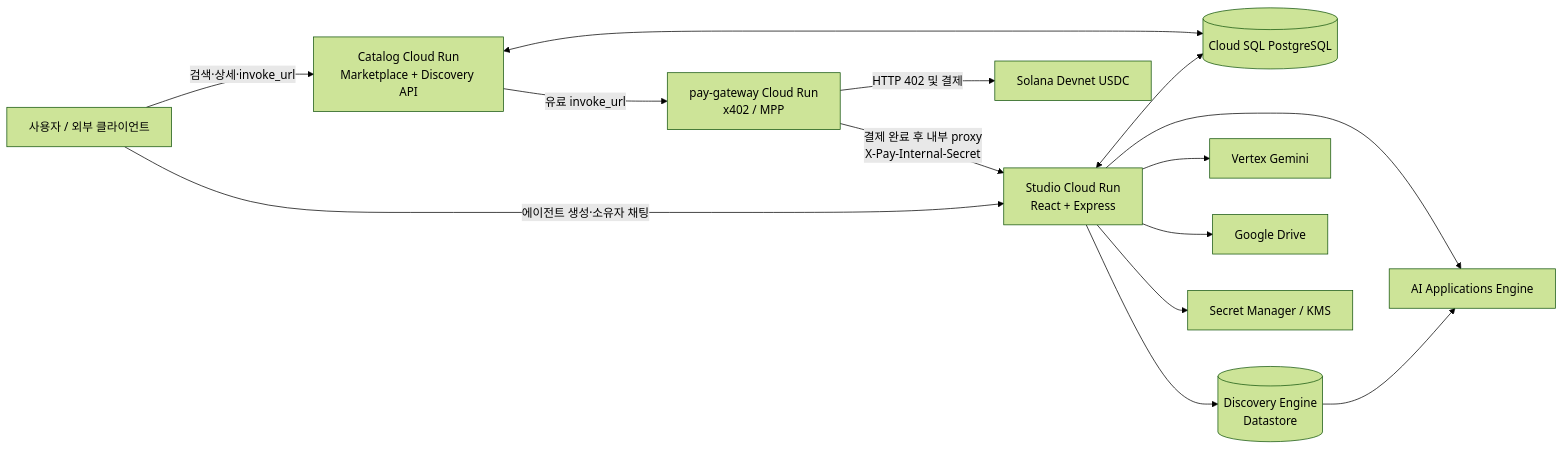
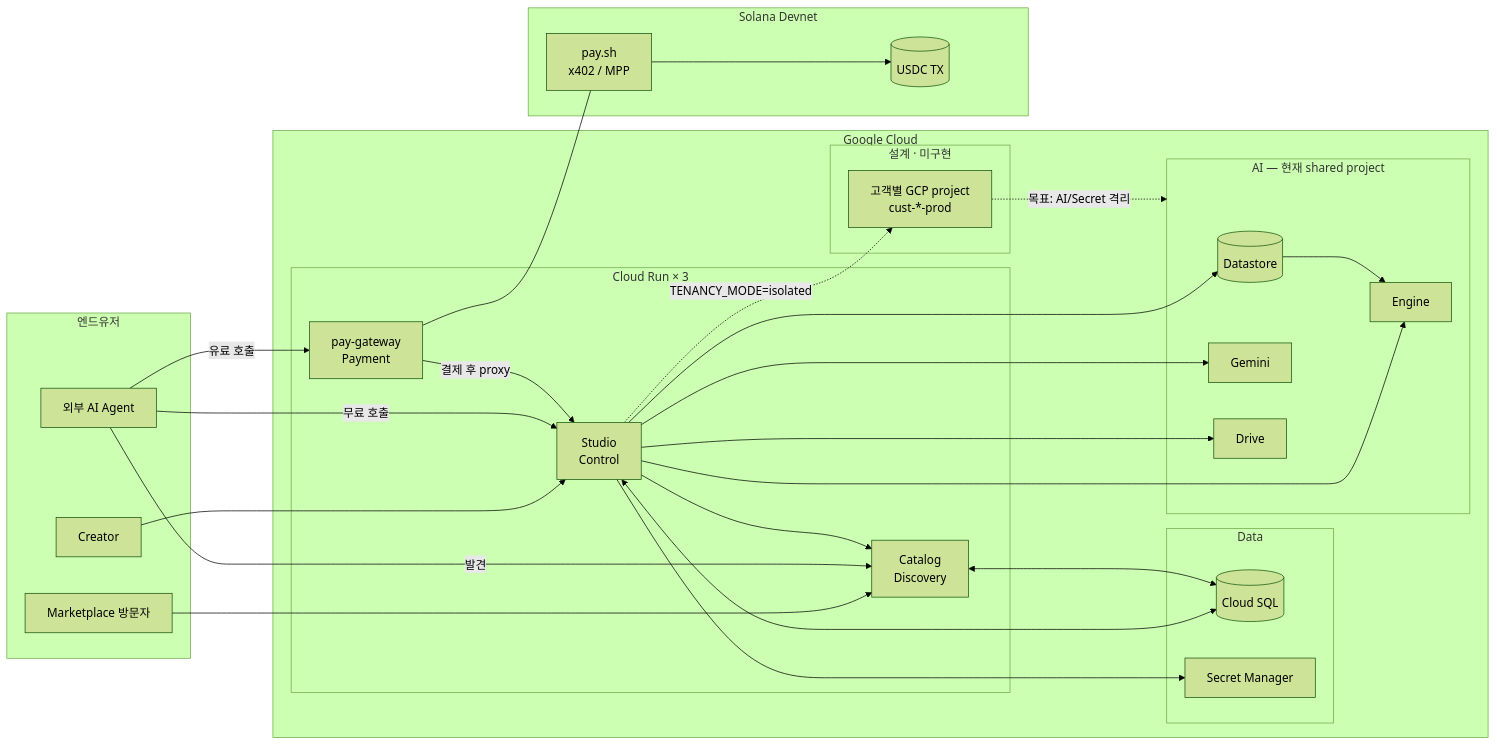
The first of 4 diagrams in docs/ARCHITECTURE.md (minvamos/solvamos-studio), drawn with Mermaid (forest theme) before and after one commit. The commit also changed other lines of this file and 2 other files, not shown here.

Commit message:
docs(architecture): add slide-ready flow diagrams and clarify GCP planes
Split architecture into Control/Discovery/Payment/AI views with tenancy
target state, and add ARCHITECTURE_SLIDES.md for CRUD, paid invoke, A2A,
RAG, and vault/treasury decks.

````diff
--- a/docs/ARCHITECTURE.md
+++ b/docs/ARCHITECTURE.md
@@ -23,29 +27,60 @@
 ```mermaid
 flowchart LR
-  U[사용자 / 외부 클라이언트]
-  S[Studio Cloud Run<br/>React + Express]
-  C[Catalog Cloud Run<br/>Marketplace + Discovery API]
-  G[pay-gateway Cloud Run<br/>x402 / MPP]
-  DB[(Cloud SQL PostgreSQL)]
-  DS[(Discovery Engine<br/>Datastore)]
-  E[AI Applications Engine]
-  V[Vertex Gemini]
-  D[Google Drive]
-  SM[Secret Manager / KMS]
-  SOL[Solana Devnet USDC]
+  subgraph Users [엔드유저]
+    C[Creator]
+    B[Marketplace 방문자]
+    A[외부 AI Agent]
+  end
 
-  U -->|에이전트 생성·소유자 채팅| S
-  U -->|검색·상세·invoke_url| C
-  C -->|유료 invoke_url| G
-  G -->|HTTP 402 및 결제| SOL
-  G -->|결제 완료 후 내부 proxy<br/>X-Pay-Internal-Secret| S
+  subgraph GCP [Google Cloud]
+    subgraph Planes [Cloud Run × 3]
+      S[Studio<br/>Control]
+      Cat[Catalog<br/>Discovery]
+      G[pay-gateway<br/>Payment]
+    end
+
+    subgraph Data [Data]
+      DB[(Cloud SQL)]
+      SM[Secret Manager]
+    end
+
+    subgraph AI [AI — 현재 shared project]
+      DS[(Datastore)]
+      Eng[Engine]
+      Gem[Gemini]
+      Dr[Drive]
+    end
+
+    subgraph Goal [설계 · 미구현]
+      TProj[고객별 GCP project<br/>cust-*-prod]
+    end
+  end
+
+  subgraph Chain [Solana Devnet]
+    Pay[pay.sh<br/>x402 / MPP]
+    USDC[(USDC TX)]
+  end
+
+  C --> S
+  B --> Cat
+  A -->|발견| Cat
+  A -->|유료 호출| G
+  A -->|무료 호출| S
+
+  G --- Pay
+  Pay --> USDC
+  G -->|결제 후 proxy| S
 
   S <--> DB
-  C <--> DB
-  S --> D
+  Cat <--> DB
+  S --> Cat
+  S --> SM
   S --> DS
-  DS --> E
-  S --> E
-  S --> V
-  S --> SM
+  S --> Eng
+  S --> Gem
+  S --> Dr
+  DS --> Eng
+
+  S -.->|TENANCY_MODE=isolated| TProj
+  TProj -.->|목표: AI/Secret 격리| AI
 ```
````
